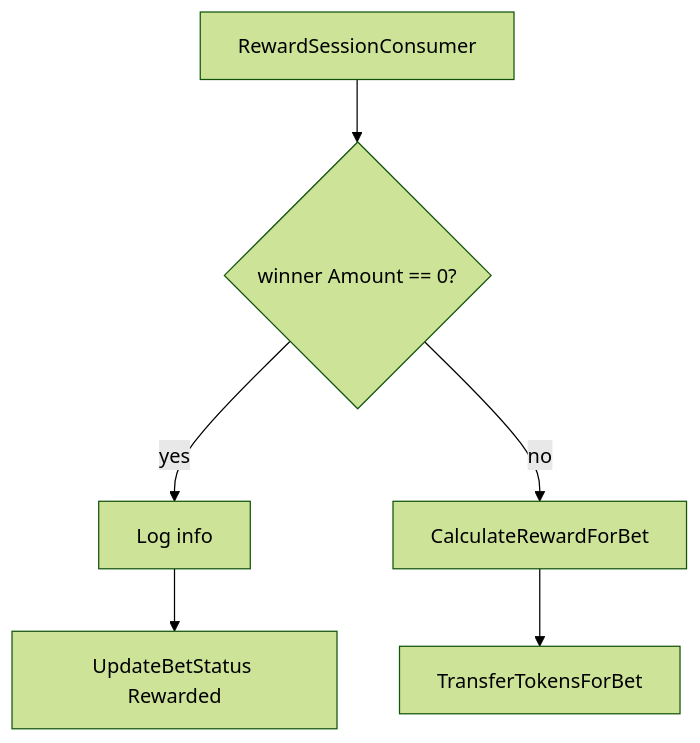
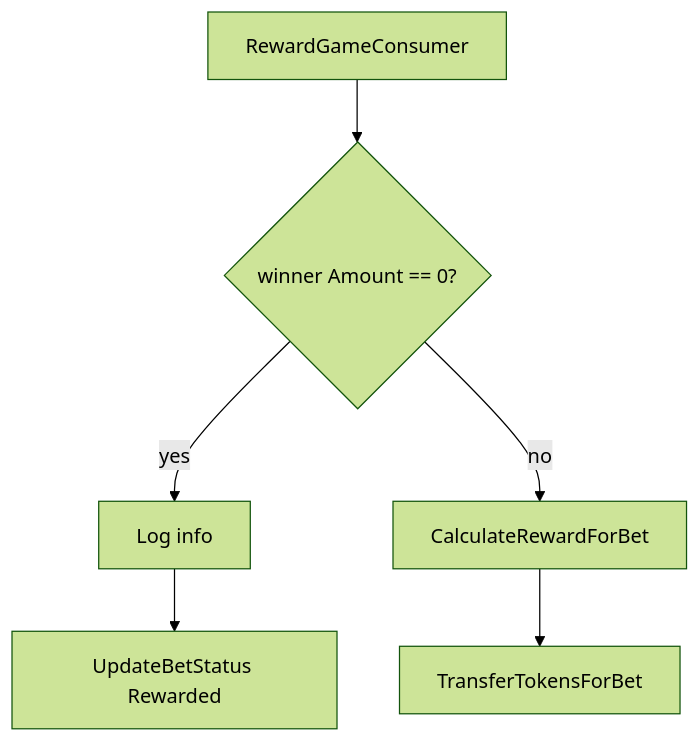
The third of 3 diagrams in specs/free-bet-mode.md (marcusruas/monkify-meta), drawn with Mermaid (forest theme) before and after one commit. The commit also changed other lines of this file and 57 other files, not shown here.

First line of the commit message:
Rebrand: Monkify->ChimpOut, Session->Game in KB prose (monkify-meta)

````diff
--- a/specs/free-bet-mode.md
+++ b/specs/free-bet-mode.md
@@ -482,8 +482,8 @@
 ```mermaid
 flowchart TD
-    A[RewardSessionConsumer] --> B{winner Amount == 0?}
+    A[RewardGameConsumer] --> B{winner Amount == 0?}
     B -->|yes| C[Log info]
     C --> D[UpdateBetStatus Rewarded]
     B -->|no| E[CalculateRewardForBet]
     E --> F[TransferTokensForBet]
 ```
````
